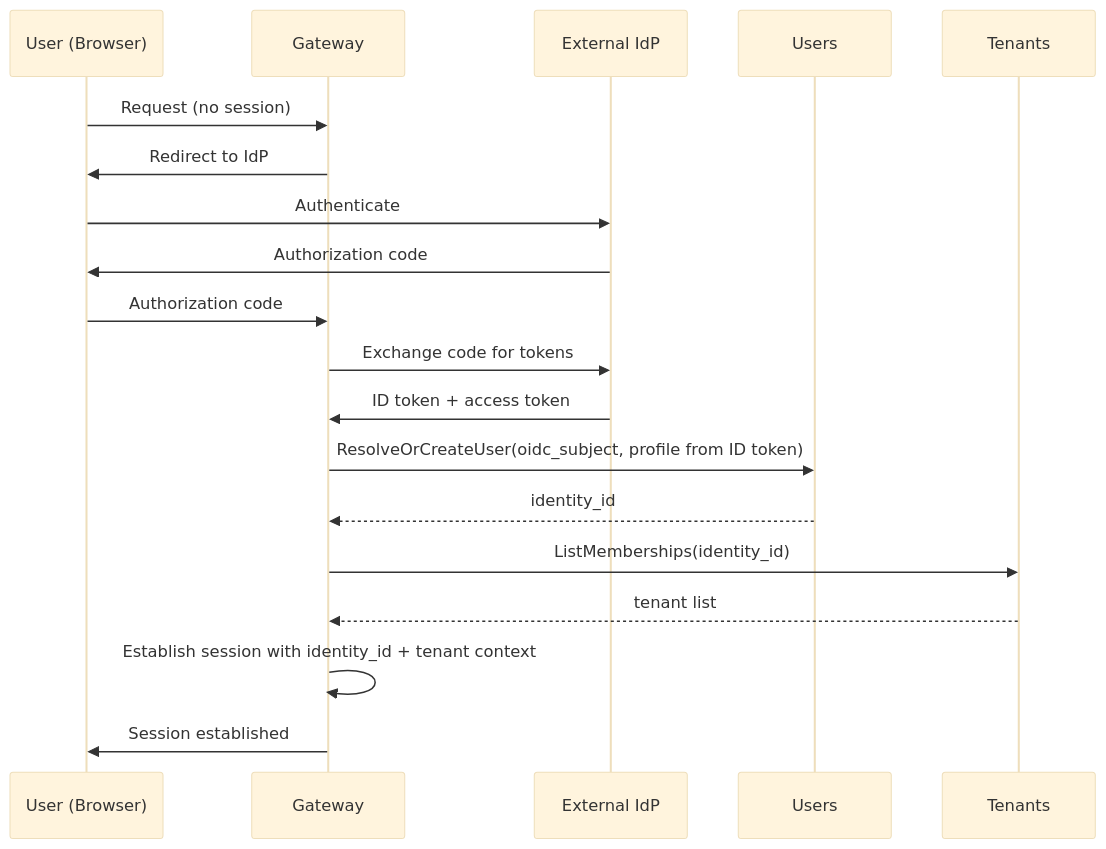
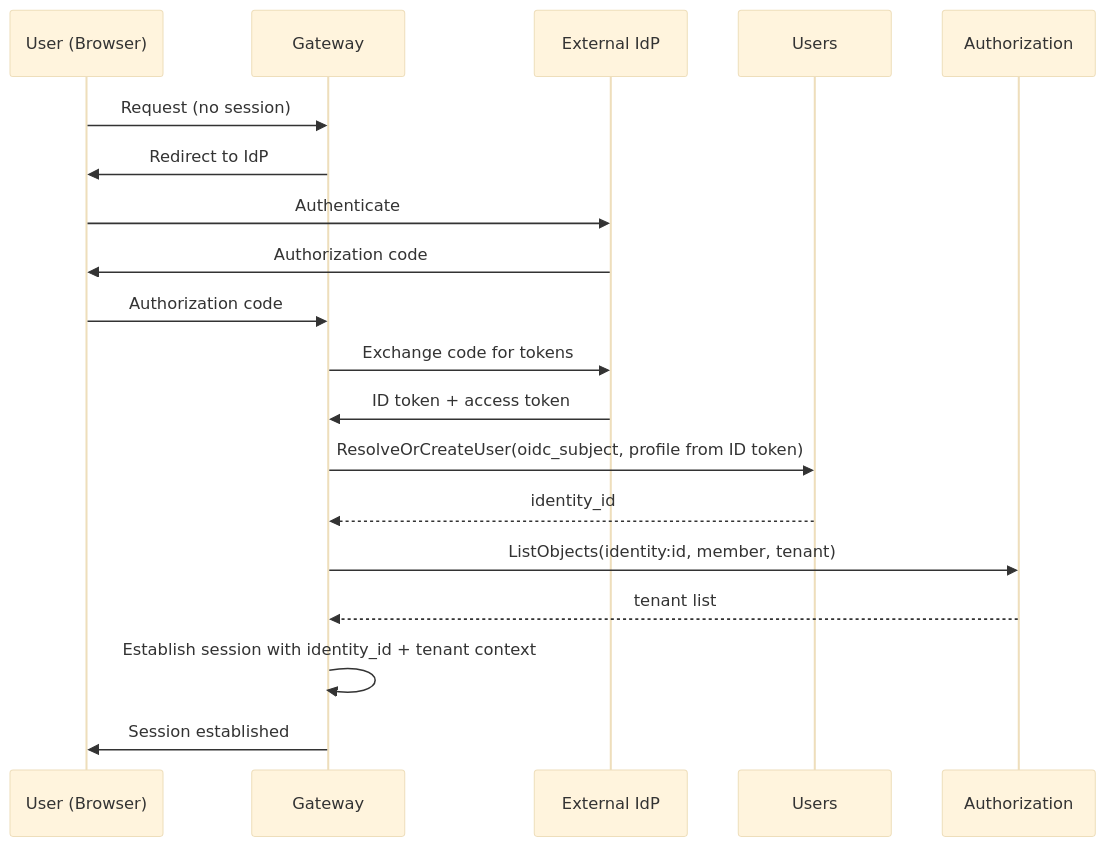
Before and after one commit to agynio/architecture: the first of 3 diagrams in architecture/authn.md, drawn with Mermaid (base theme). The commit also changed other lines of this file and 9 other files, not shown here.

````diff
--- a/architecture/authn.md
+++ b/architecture/authn.md
@@ -40,22 +40,22 @@
 ```mermaid
 sequenceDiagram
     participant U as User (Browser)
     participant GW as Gateway
     participant IdP as External IdP
     participant US as Users
-    participant TS as Tenants
+    participant AZ as Authorization
 
     U->>GW: Request (no session)
     GW->>U: Redirect to IdP
     U->>IdP: Authenticate
     IdP->>U: Authorization code
     U->>GW: Authorization code
     GW->>IdP: Exchange code for tokens
     IdP->>GW: ID token + access token
     GW->>US: ResolveOrCreateUser(oidc_subject, profile from ID token)
     US-->>GW: identity_id
-    GW->>TS: ListMemberships(identity_id)
-    TS-->>GW: tenant list
+    GW->>AZ: ListObjects(identity:id, member, tenant)
+    AZ-->>GW: tenant list
     GW->>GW: Establish session with identity_id + tenant context
     GW->>U: Session established
 ```
````
